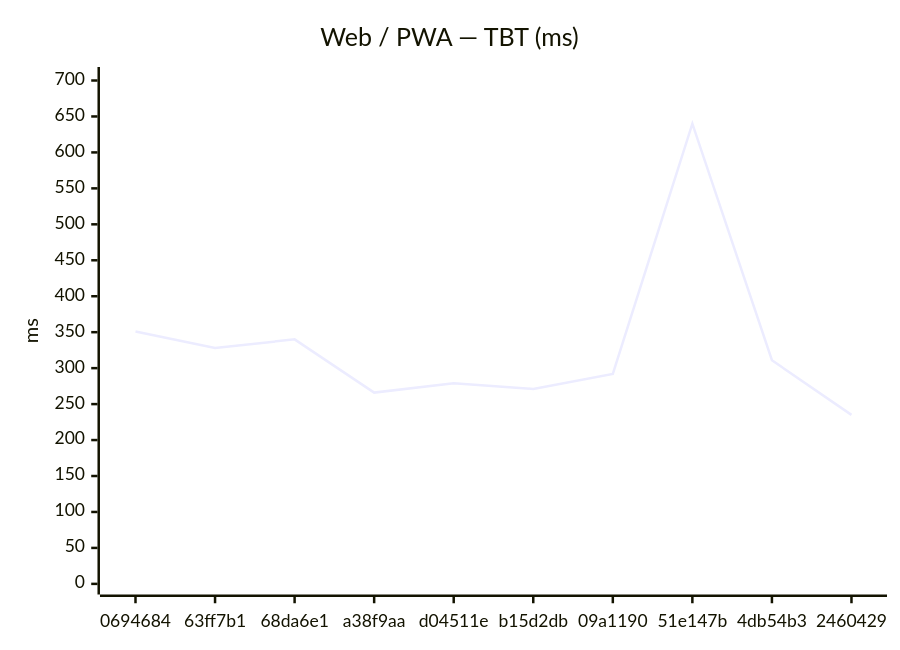
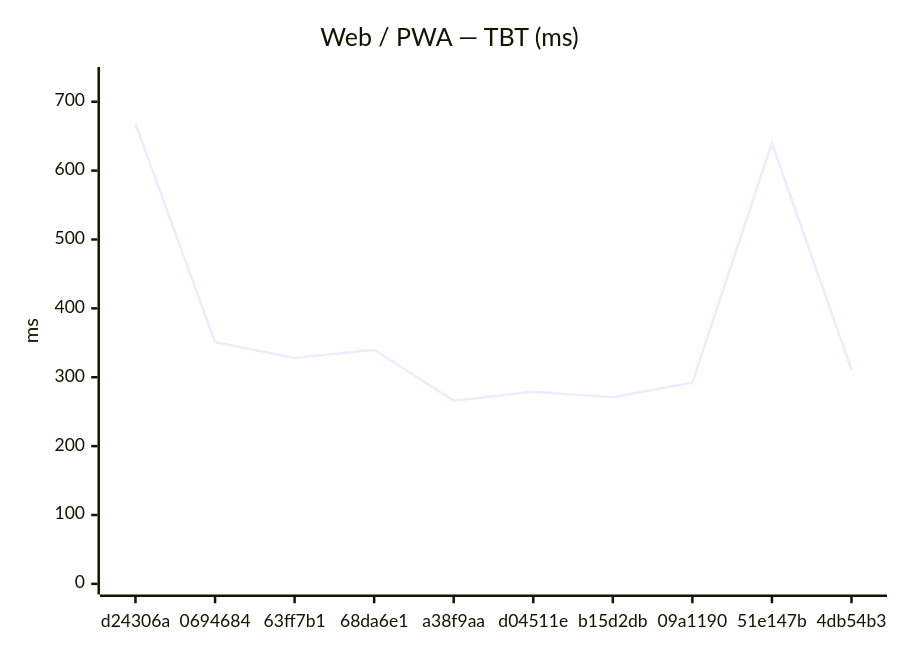
Before and after one commit to Metaheurist/Rianell: the second of 18 diagrams in benchmarks/compare.md, drawn with Mermaid. The commit also changed other lines of this file and 11 other files, not shown here.

````diff
--- a/benchmarks/compare.md
+++ b/benchmarks/compare.md
@@ -31,7 +31,7 @@
 ```mermaid
 xychart-beta
     title "Web / PWA — TBT (ms)"
-    x-axis ["0694684", "63ff7b1", "68da6e1", "a38f9aa", "d04511e", "b15d2db", "09a1190", "51e147b", "4db54b3", "2460429"]
-    y-axis "ms" 0 --> 704
-    line [351, 328, 340, 266, 279, 271, 292, 640, 311, 235]
+    x-axis ["d24306a", "0694684", "63ff7b1", "68da6e1", "a38f9aa", "d04511e", "b15d2db", "09a1190", "51e147b", "4db54b3"]
+    y-axis "ms" 0 --> 735
+    line [668, 351, 328, 340, 266, 279, 271, 292, 640, 311]
 ```
````
